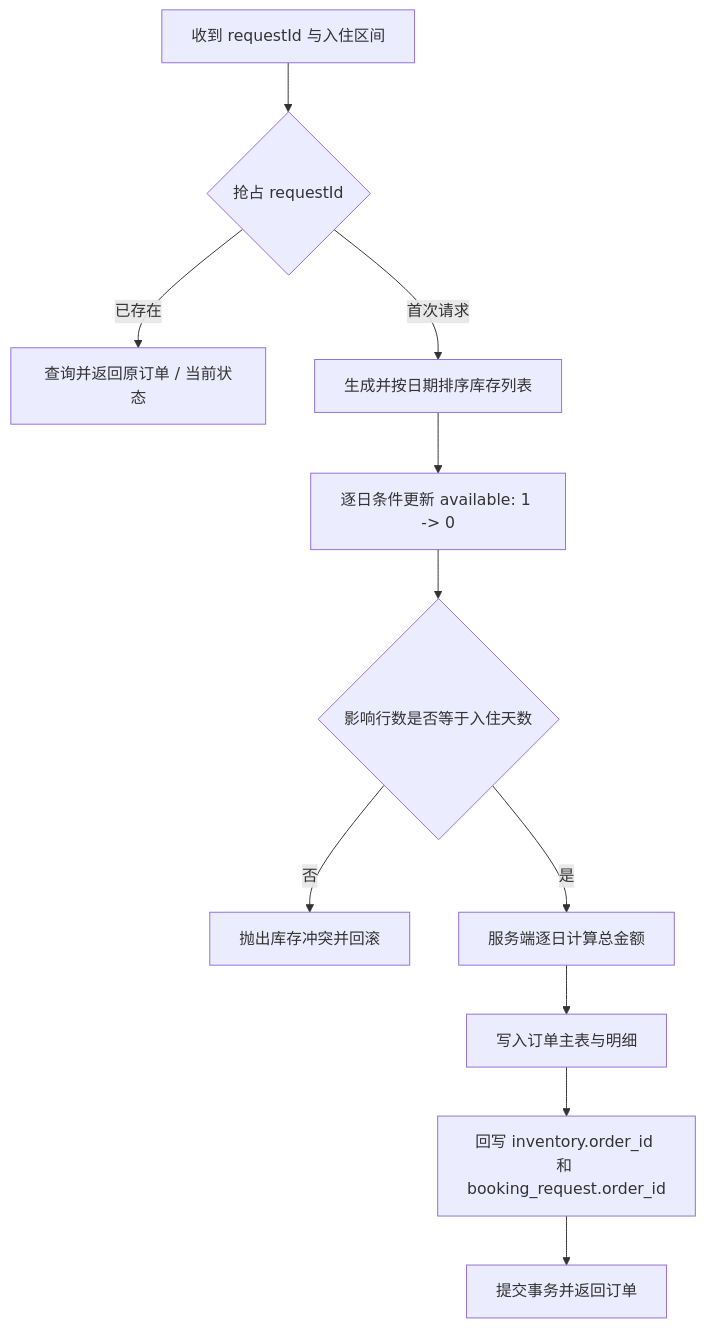
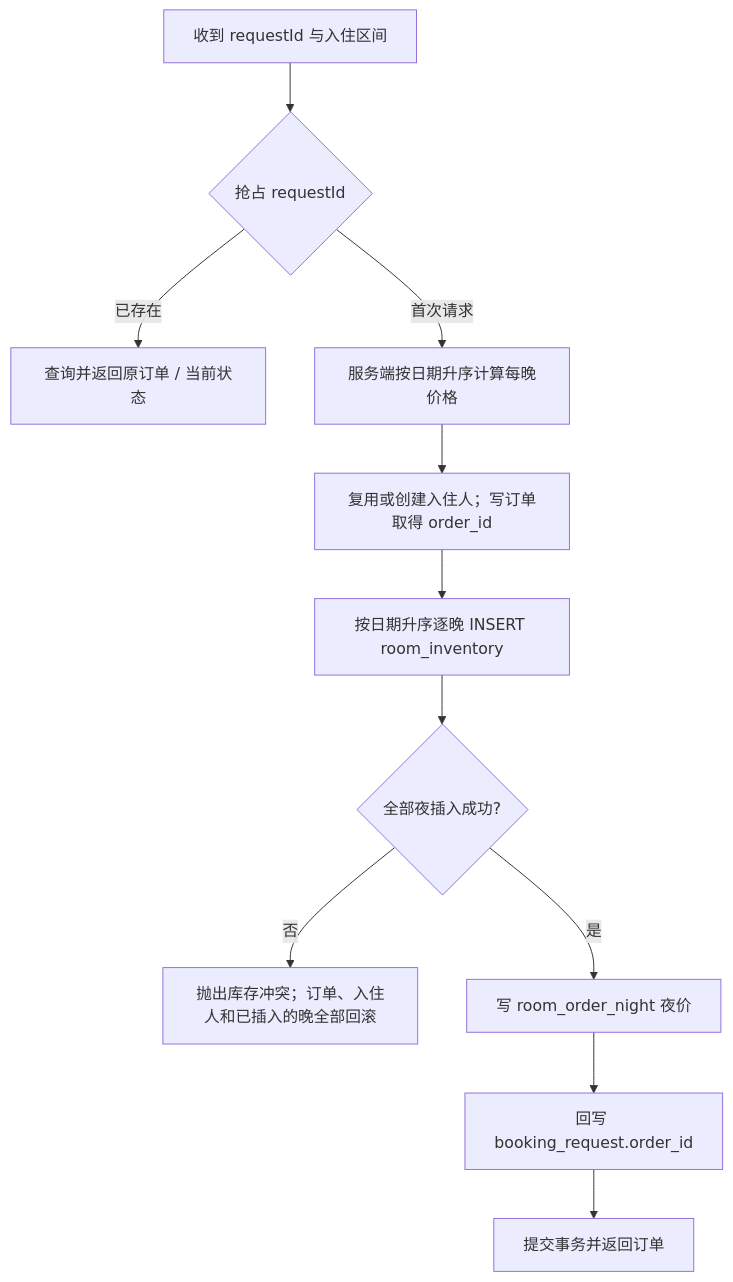
Before and after one commit to Attacker687/HotelSystemBackend: the first of 3 diagrams in docs/booking-consistency.md, drawn with Mermaid. The commit also changed other lines of this file and 7 other files, not shown here.

Commit message:
feat(S03): satisfy AC1-AC3 inventory schema and atomic backfill

````diff
--- a/docs/booking-consistency.md
+++ b/docs/booking-consistency.md
@@ -60,13 +72,13 @@
 ```mermaid
 flowchart TD
     Start["收到 requestId 与入住区间"] --> Claim{"抢占 requestId"}
     Claim -->|已存在| Existing["查询并返回原订单 / 当前状态"]
-    Claim -->|首次请求| Dates["生成并按日期排序库存列表"]
-    Dates --> Lock["逐日条件更新 available: 1 -> 0"]
-    Lock --> All{"影响行数是否等于入住天数"}
-    All -->|否| Rollback["抛出库存冲突并回滚"]
-    All -->|是| Price["服务端逐日计算总金额"]
-    Price --> Order["写入订单主表与明细"]
-    Order --> Bind["回写 inventory.order_id 和 booking_request.order_id"]
+    Claim -->|首次请求| Price["服务端按日期升序计算每晚价格"]
+    Price --> Order["复用或创建入住人；写订单取得 order_id"]
+    Order --> Occupy["按日期升序逐晚 INSERT room_inventory"]
+    Occupy --> All{"全部夜插入成功?"}
+    All -->|否| Rollback["抛出库存冲突；订单、入住人和已插入的晚全部回滚"]
+    All -->|是| Nights["写 room_order_night 夜价"]
+    Nights --> Bind["回写 booking_request.order_id"]
     Bind --> Commit["提交事务并返回订单"]
 ```
````
